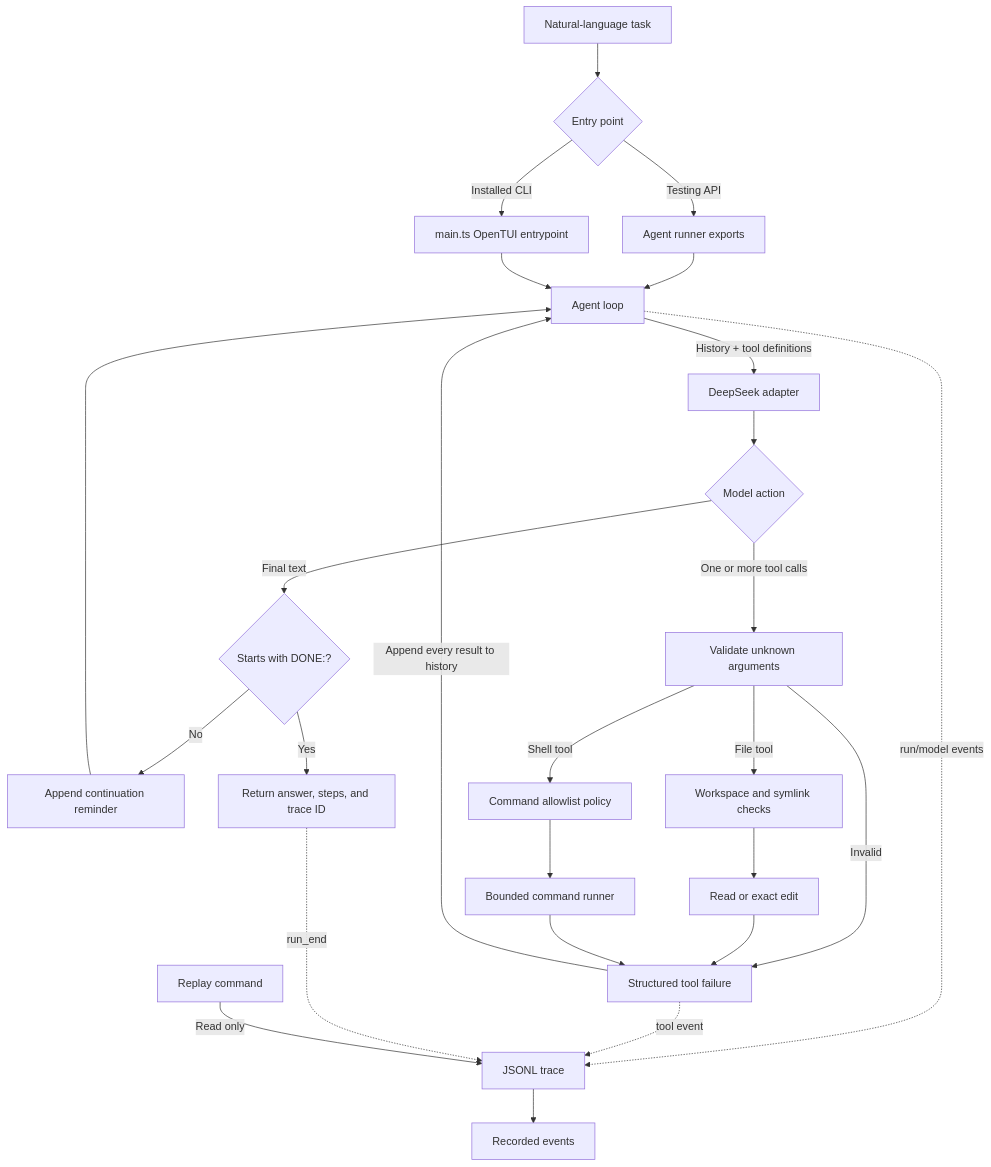
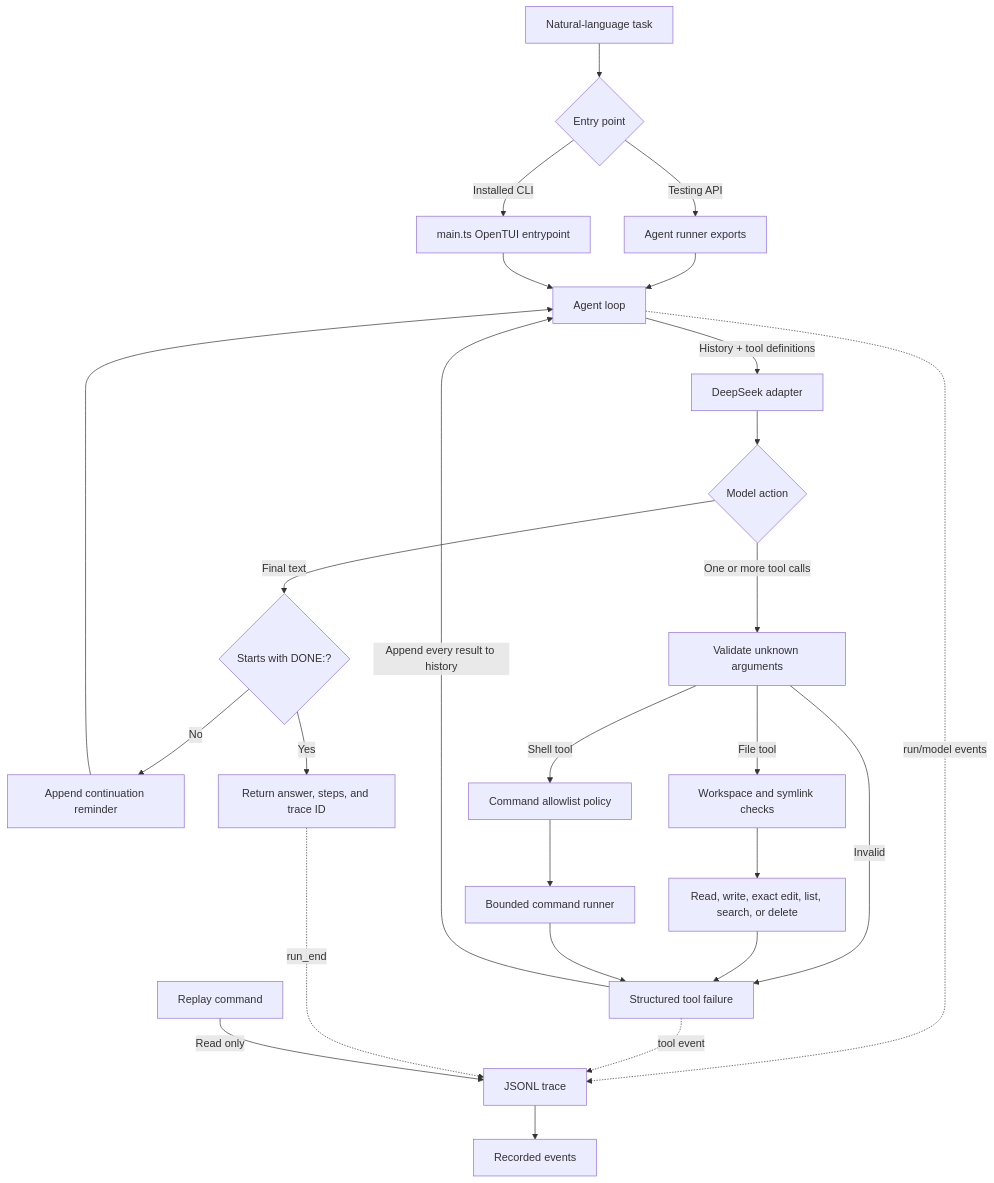
One commit to thatShashankGuy/itemD changed the diagram in README.md. Above: the diagram before and after it, drawn with Mermaid. The commit also changed other lines of this file and 8 other files, not shown here.

````diff
--- a/README.md
+++ b/README.md
@@ -220,35 +220,35 @@
 ```mermaid
 flowchart TD
     User["Natural-language task"] --> Entry{"Entry point"}
     Entry -->|Installed CLI| TUI["main.ts OpenTUI entrypoint"]
     Entry -->|Testing API| CLI["Agent runner exports"]
 
     CLI --> Agent["Agent loop"]
     TUI --> Agent
 
     Agent -->|"History + tool definitions"| Model["DeepSeek adapter"]
     Model --> Decision{"Model action"}
 
     Decision -->|"Final text"| Done{"Starts with DONE:?"}
     Done -->|No| Continue["Append continuation reminder"]
     Continue --> Agent
     Done -->|Yes| Result["Return answer, steps, and trace ID"]
 
     Decision -->|"One or more tool calls"| Validate["Validate unknown arguments"]
     Validate -->|Invalid| Observation["Structured tool failure"]
     Validate -->|File tool| Workspace["Workspace and symlink checks"]
     Validate -->|Shell tool| Policy["Command allowlist policy"]
 
-    Workspace --> FileTool["Read or exact edit"]
+    Workspace --> FileTool["Read, write, exact edit, list, search, or delete"]
     Policy --> Command["Bounded command runner"]
     FileTool --> Observation
     Command --> Observation
     Observation -->|"Append every result to history"| Agent
 
     Agent -.->|"run/model events"| Trace["JSONL trace"]
     Observation -.->|"tool event"| Trace
     Result -.->|"run_end"| Trace
 
     Replay["Replay command"] -->|"Read only"| Trace
     Trace --> Display["Recorded events"]
 ```
````
